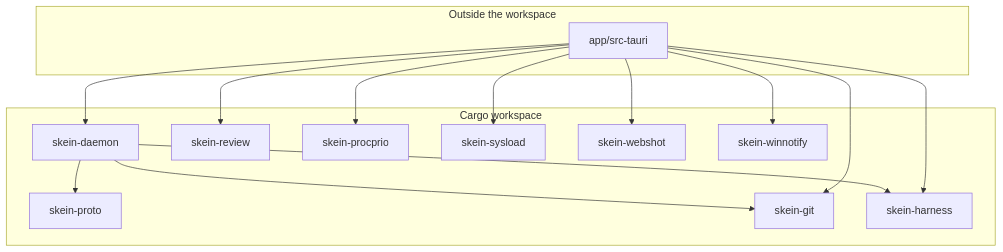
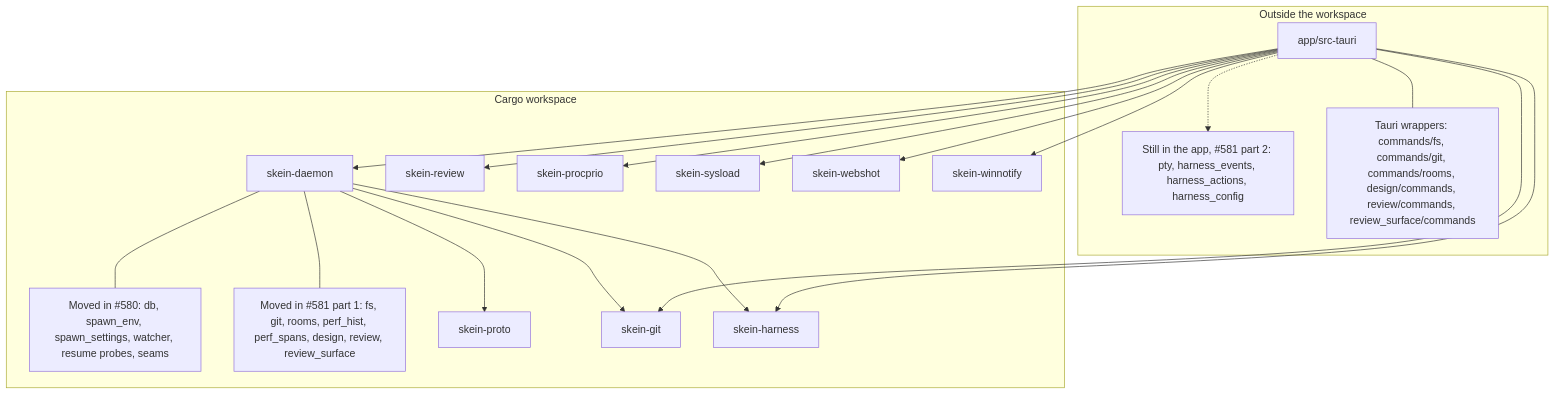
The diagram in docs/skeind-crates.md (timeloop-vault/skein), drawn with Mermaid before and after one commit. The commit also changed other lines of this file and 65 other files, not shown here.

First line of the commit message:
refactor(#581): move the review, design, fs/git and rooms logic into skein-daemon (#721)

````diff
--- a/docs/skeind-crates.md
+++ b/docs/skeind-crates.md
@@ -12,28 +16,36 @@
 ```mermaid
 flowchart TD
     subgraph OUT["Outside the workspace"]
         APP["app/src-tauri"]
+        PART2["Still in the app, #581 part 2: pty, harness_events, harness_actions, harness_config"]
+        WRAP["Tauri wrappers: commands/fs, commands/git, commands/rooms, design/commands, review/commands, review_surface/commands"]
     end
     subgraph WS["Cargo workspace"]
         DAEMON["skein-daemon"]
+        MOVED1["Moved in #580: db, spawn_env, spawn_settings, watcher, resume probes, seams"]
+        MOVED2["Moved in #581 part 1: fs, git, rooms, perf_hist, perf_spans, design, review, review_surface"]
         PROTO["skein-proto"]
         GIT["skein-git"]
         HARNESS["skein-harness"]
         REVIEW["skein-review"]
         PROCPRIO["skein-procprio"]
         SYSLOAD["skein-sysload"]
         WEBSHOT["skein-webshot"]
         WINNOTIFY["skein-winnotify"]
     end
     APP --> DAEMON
     APP --> GIT
     APP --> HARNESS
     APP --> REVIEW
     APP --> PROCPRIO
     APP --> SYSLOAD
     APP --> WEBSHOT
     APP --> WINNOTIFY
     DAEMON --> PROTO
     DAEMON --> HARNESS
     DAEMON --> GIT
+    DAEMON --- MOVED1
+    DAEMON --- MOVED2
+    APP --- WRAP
+    APP -.-> PART2
 ```
````
